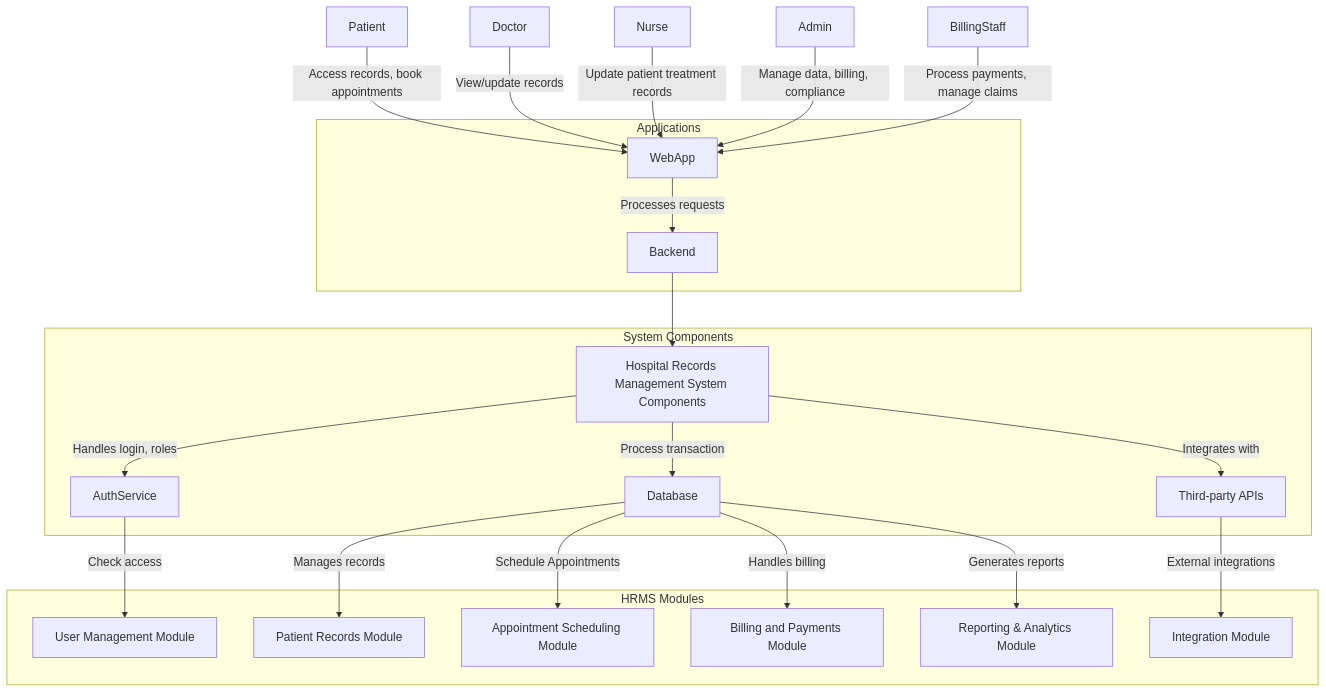
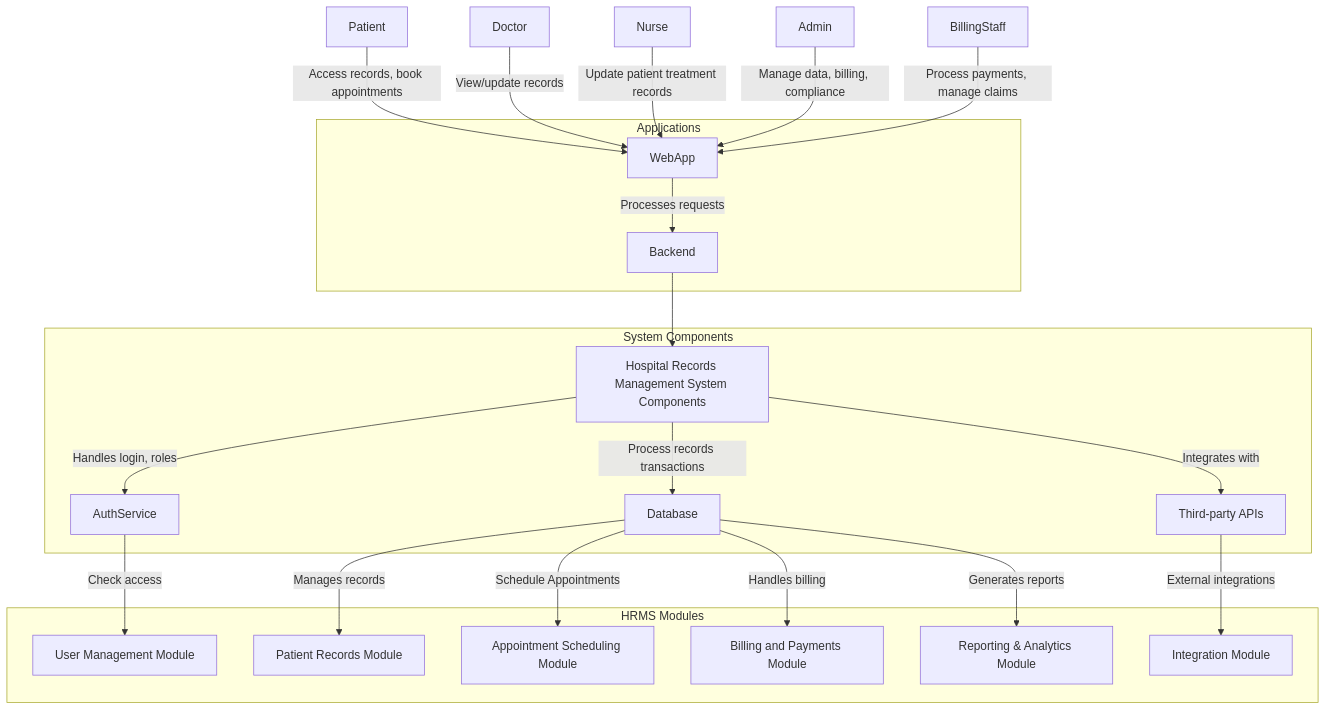
The diagram in ARCHITECTURE.md (Salizwa100/Hospital-Records-Management-System), drawn with Mermaid before and after one commit.

````diff
--- a/ARCHITECTURE.md
+++ b/ARCHITECTURE.md
@@ -2,43 +2,43 @@
 ```mermaid
 flowchart TD
  subgraph s1["Applications"]
         Backend["Backend"]
         WebApp["WebApp"]
   end
  subgraph s2["System Components"]
         n2["Hospital Records Management System Components"]
         Database["Database"]
         AuthService["AuthService"]
         ExternalAPIs["Third-party APIs"]
   end
  subgraph s3["HRMS Modules"]
         UserModule["User Management Module"]
         PatientRecords["Patient Records Module"]
         Appointments["Appointment Scheduling Module"]
         Billing["Billing and Payments Module"]
         Reporting["Reporting & Analytics Module"]
         Integration["Integration Module"]
   end
 
     Patient["Patient"] -- Access records, book appointments --> WebApp
     Doctor["Doctor"] -- View/update records --> WebApp
     Nurse["Nurse"] -- Update patient treatment records --> WebApp
     Admin["Admin"] -- Manage data, billing, compliance --> WebApp
     BillingStaff["BillingStaff"] -- Process payments, manage claims --> WebApp
     WebApp -- Processes requests --> Backend
 
     Backend --> n2
 
     n2 -- Handles login, roles --> AuthService
     AuthService -- Check access --> UserModule
 
-    n2 -- Process transaction  --> Database;
+    n2 -- Process records transactions  --> Database;
     Database -- Manages records --> PatientRecords
     Database -- Schedule Appointments --> Appointments
     Database -- Handles billing --> Billing
     Database -- Generates reports --> Reporting
     
     n2 -- Integrates with --> ExternalAPIs
     ExternalAPIs -- External integrations --> Integration
   
 ```
````
